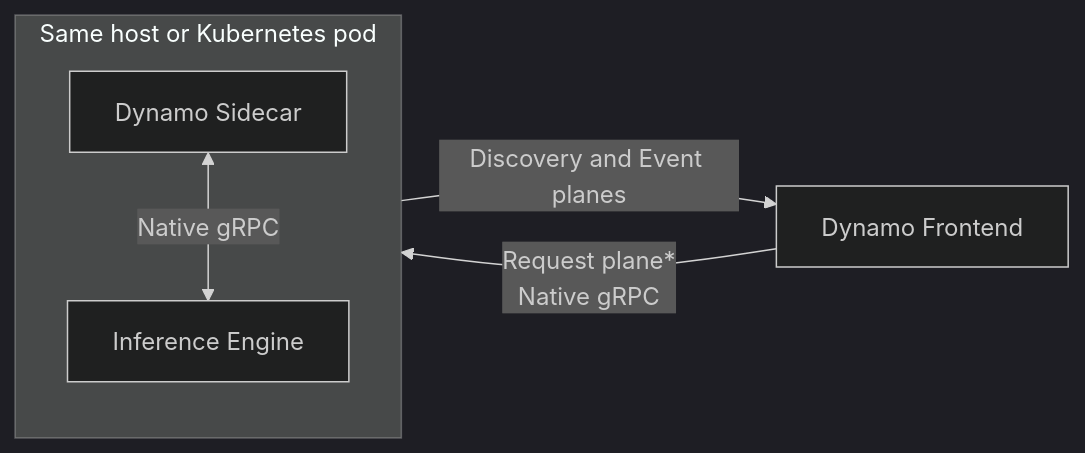
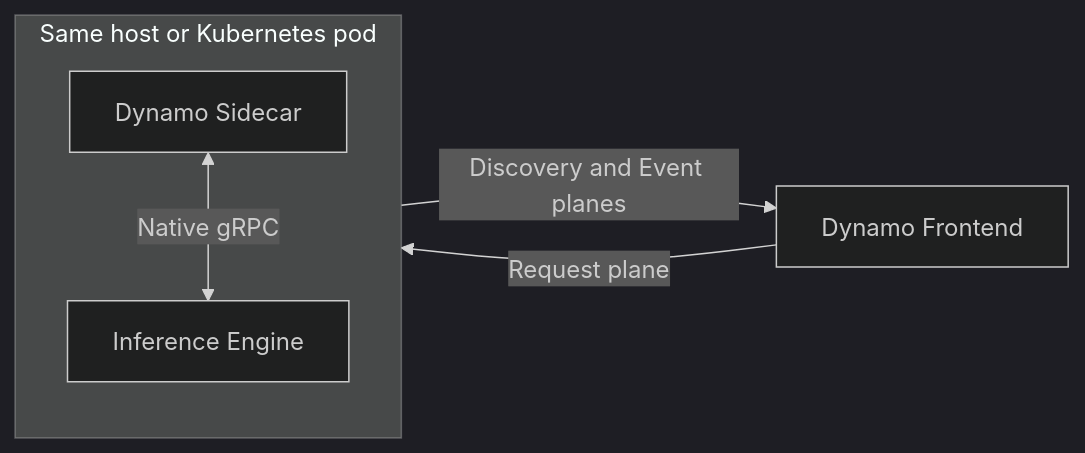
One commit to ai-dynamo/dynamo changed the diagram in docs/fern/pages/kubernetes/model-deployment/sidecar-backends.md. Above: the diagram before and after it, drawn with Mermaid (dark theme). The commit also changed other lines of this file and 4 other files, not shown here.

````diff
--- a/docs/fern/pages/kubernetes/model-deployment/sidecar-backends.md
+++ b/docs/fern/pages/kubernetes/model-deployment/sidecar-backends.md
@@ -31,10 +31,10 @@
 ```mermaid
 flowchart LR
   F[Dynamo Frontend]
   subgraph W[Same host or Kubernetes pod]
     direction TB
     S[Dynamo Sidecar] <-->|Native gRPC| E[Inference Engine]
   end
+  F -->|Request plane| S
   S -->|Discovery and Event planes| F
-  F -->|Request plane*<br/>Native gRPC| E
 ```
````
